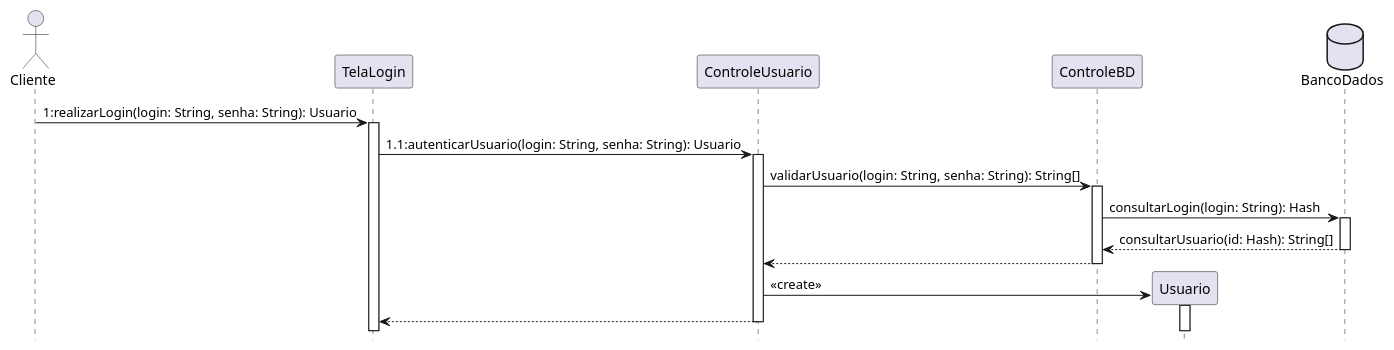
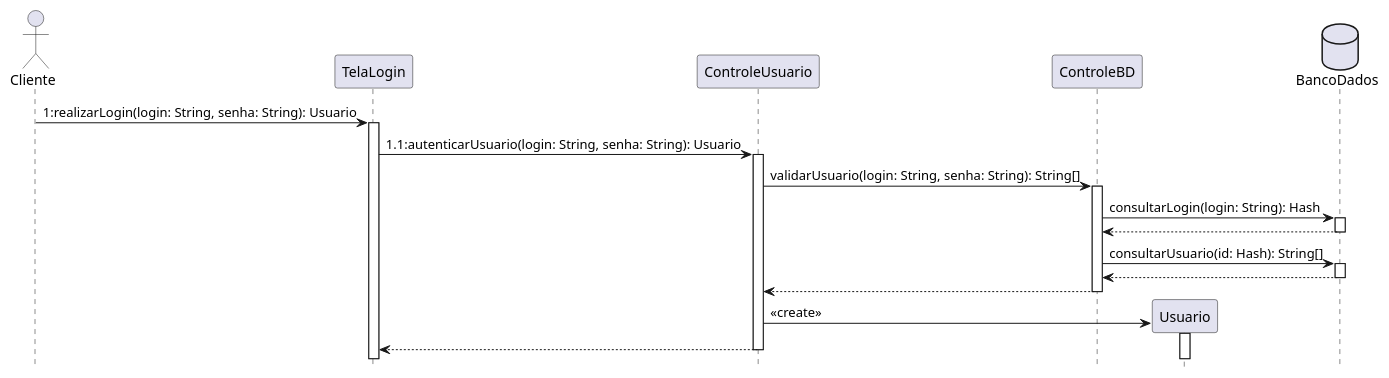
Before and after one commit to FerdinandChagas/uml_examples: the diagram in ingressos/autenticacao.iuml, drawn with PlantUML.

Commit message:
include authentication example

```diff
--- a/ingressos/autenticacao.iuml
+++ b/ingressos/autenticacao.iuml
@@ -1,36 +1,42 @@
 @startuml
 hide footbox
 
 actor Cliente as cliente
 participant TelaLogin as tela_login
 participant ControleUsuario as controle_usuario
 participant ControleBD as controle_bd
 participant Usuario as usuario
 database BancoDados as bd
 
 cliente -> tela_login: 1:realizarLogin(login: String, senha: String): Usuario
 activate tela_login
 
 tela_login -> controle_usuario: 1.1:autenticarUsuario(login: String, senha: String): Usuario
 activate controle_usuario
 
 controle_usuario -> controle_bd: validarUsuario(login: String, senha: String): String[]
 activate controle_bd
 
 controle_bd -> bd: consultarLogin(login: String): Hash
 activate bd
 
-bd --> controle_bd: consultarUsuario(id: Hash): String[]
+bd --> controle_bd
+deactivate bd
+
+controle_bd -> bd: consultarUsuario(id: Hash): String[]
+activate bd
+
+bd --> controle_bd
 deactivate bd
 
 controle_bd --> controle_usuario
 deactivate controle_bd
 
 controle_usuario -> usuario **: <<create>>
 activate usuario
 
 controle_usuario --> tela_login
 deactivate controle_usuario
 
 
 @enduml
```
